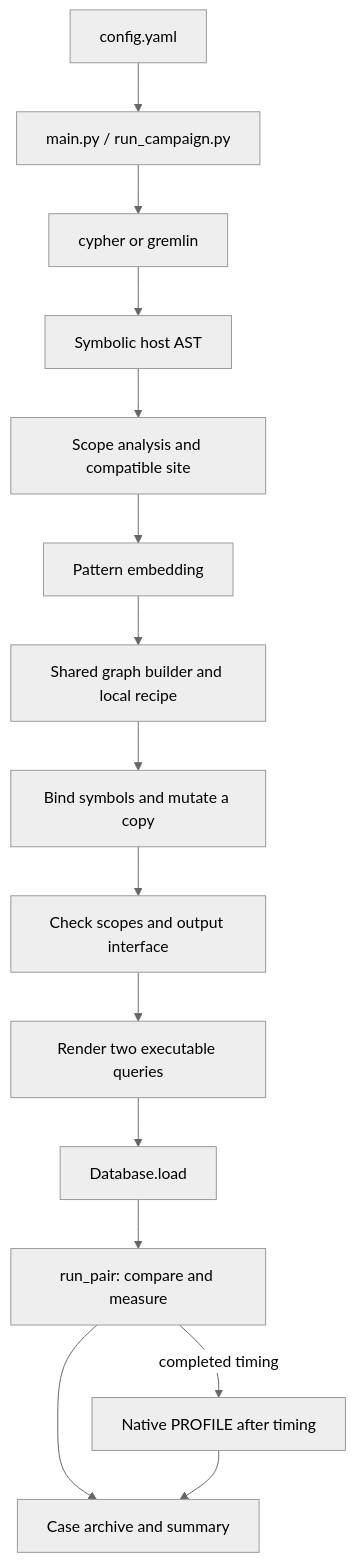
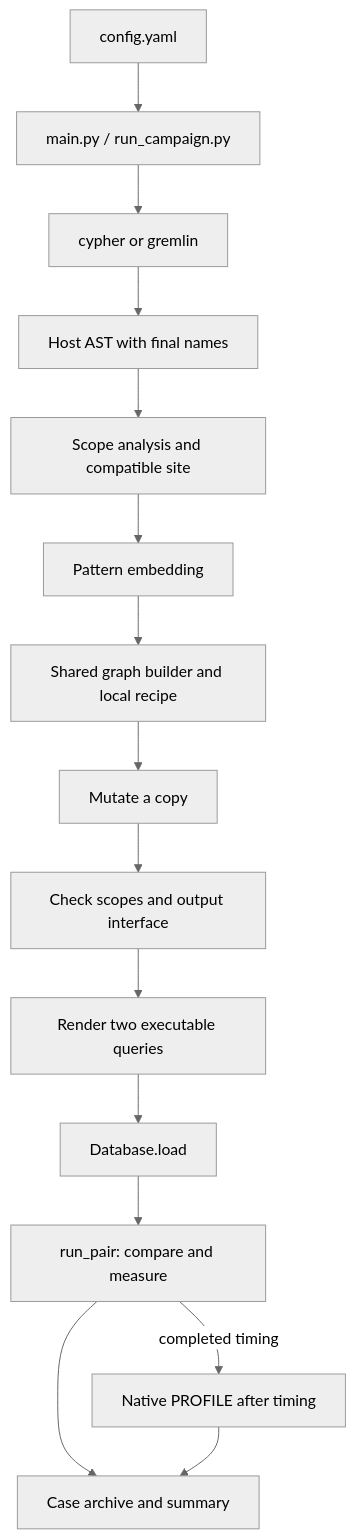
The diagram in docs/architecture.md (linli1724647576/GraphSymPerf), drawn with Mermaid (neutral theme) before and after one commit. The commit also changed other lines of this file and 32 other files, not shown here.

````diff
--- a/docs/architecture.md
+++ b/docs/architecture.md
@@ -40,17 +42,17 @@
 ```mermaid
 flowchart TD
     Config[config.yaml] --> Entry[main.py / run_campaign.py]
     Entry --> Language[cypher or gremlin]
-    Language --> Host[Symbolic host AST]
+    Language --> Host[Host AST with final names]
     Host --> Site[Scope analysis and compatible site]
     Site --> Pattern[Pattern embedding]
     Pattern --> Graph[Shared graph builder and local recipe]
-    Graph --> Bind[Bind symbols and mutate a copy]
-    Bind --> Check[Check scopes and output interface]
+    Graph --> Mutate[Mutate a copy]
+    Mutate --> Check[Check scopes and output interface]
     Check --> Render[Render two executable queries]
     Render --> Load[Database.load]
     Load --> Execute[run_pair: compare and measure]
     Execute -->|completed timing| Profile[Native PROFILE after timing]
     Execute --> Archive[Case archive and summary]
     Profile --> Archive
 ```
````
